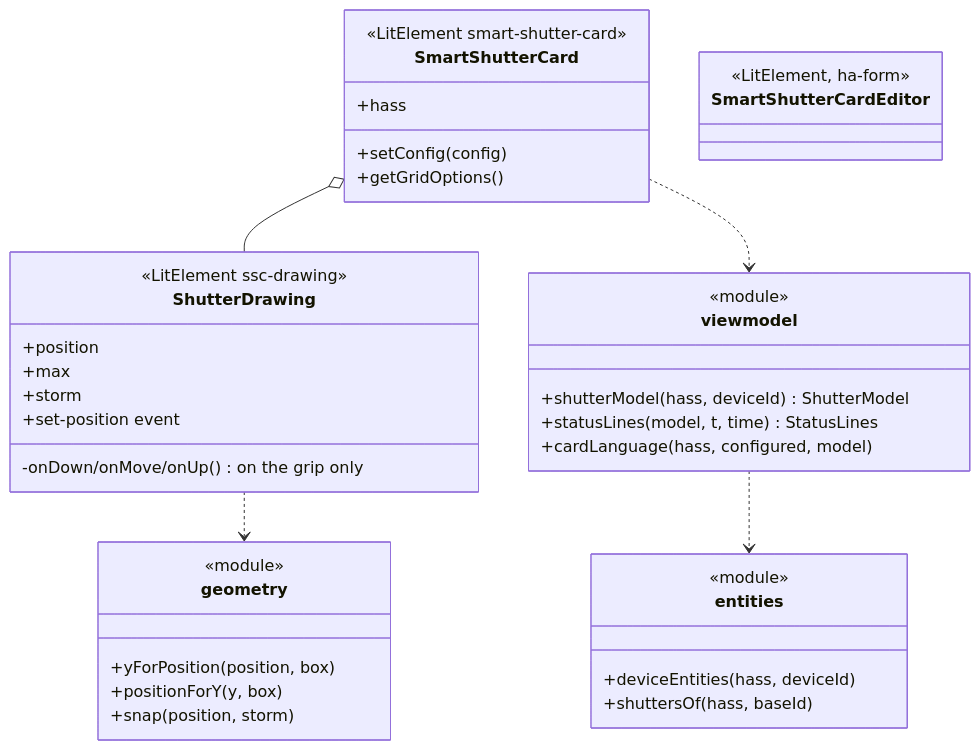
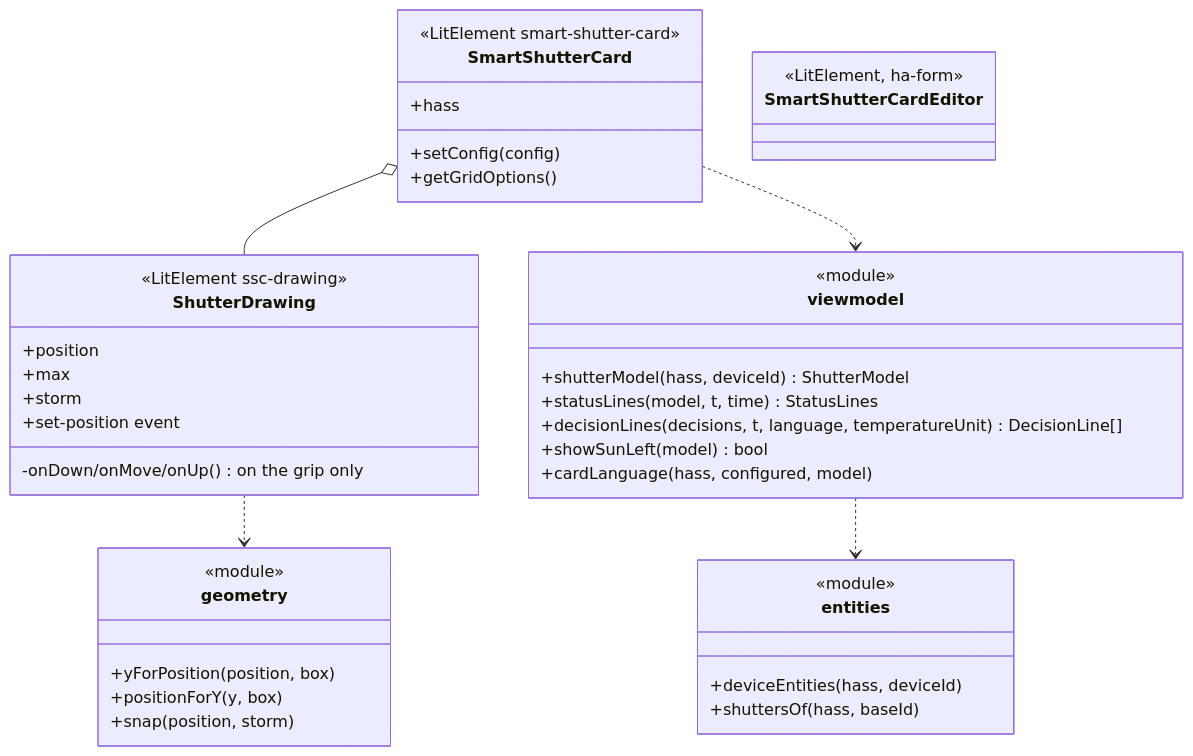
Before and after one commit to abroeders/smart-shutter-control: diagram 20 of 40 in docs/architecture.md, drawn with Mermaid. The commit also changed 12 other files, not shown here.

````diff
--- a/docs/architecture.md
+++ b/docs/architecture.md
@@ -721,41 +721,43 @@
 ```mermaid
 classDiagram
     class SmartShutterCard {
         <<LitElement smart-shutter-card>>
         +setConfig(config)
         +hass
         +getGridOptions()
     }
     class ShutterDrawing {
         <<LitElement ssc-drawing>>
         +position
         +max
         +storm
         +set-position event
         -onDown/onMove/onUp() on the grip only
     }
     class viewmodel {
         <<module>>
         +shutterModel(hass, deviceId) ShutterModel
         +statusLines(model, t, time) StatusLines
+        +decisionLines(decisions, t, language, temperatureUnit) DecisionLine[]
+        +showSunLeft(model) bool
         +cardLanguage(hass, configured, model)
     }
     class geometry {
         <<module>>
         +yForPosition(position, box)
         +positionForY(y, box)
         +snap(position, storm)
     }
     class entities {
         <<module>>
         +deviceEntities(hass, deviceId)
         +shuttersOf(hass, baseId)
     }
     class SmartShutterCardEditor {
         <<LitElement, ha-form>>
     }
     SmartShutterCard o-- ShutterDrawing
     SmartShutterCard ..> viewmodel
     ShutterDrawing ..> geometry
     viewmodel ..> entities
 ```
````
